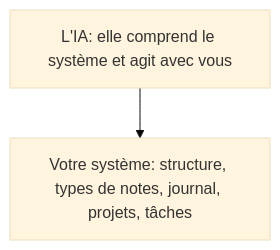
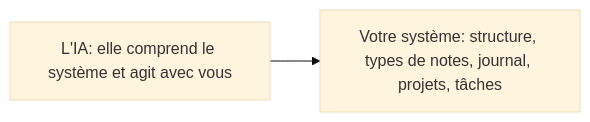
The first of 2 diagrams in src/parts/7 - Un système qui vous connaît.md (DeveloPassion/atelier-ia-ecole-direction), drawn with Mermaid (base theme) before and after one commit. The commit also changed 12 other files, not shown here.

````diff
--- a/src/parts/7 - Un système qui vous connaît.md
+++ b/src/parts/7 - Un système qui vous connaît.md
@@ -61,6 +61,6 @@
 ```mermaid
-flowchart TB
+flowchart LR
   IA[L'IA: elle comprend le système et agit avec vous]
   S[Votre système: structure, types de notes, journal, projets, tâches]
   IA --> S
 ```
````
